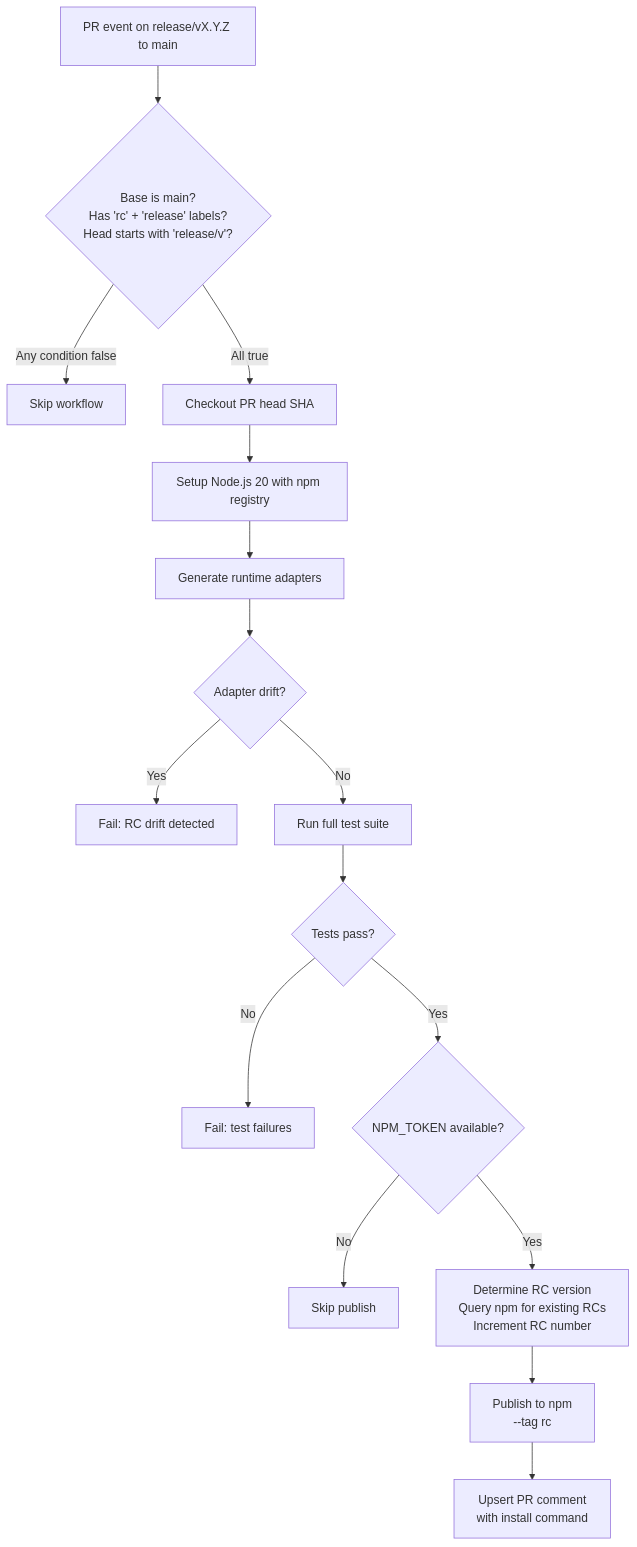
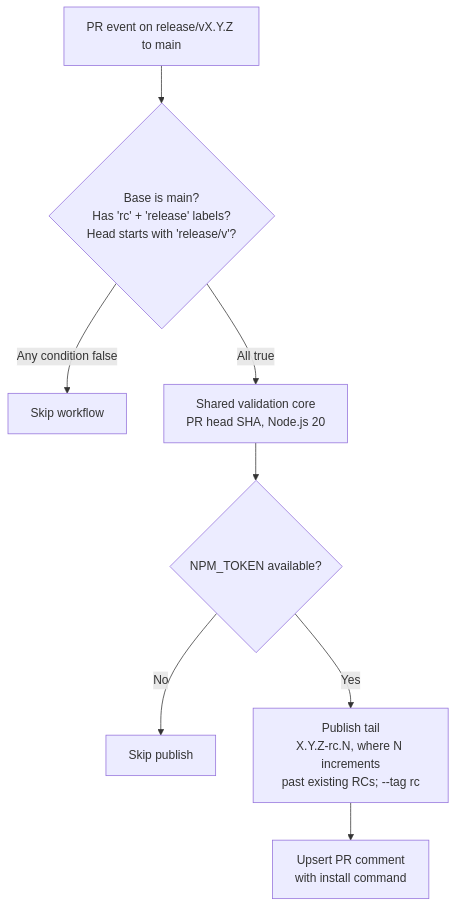
The seventh of 10 diagrams in docs/cicd.md (josstei/maestro-orchestrate), drawn with Mermaid before and after one commit. The commit also changed other lines of this file and 6 other files, not shown here.

````diff
--- a/docs/cicd.md
+++ b/docs/cicd.md
@@ -412,18 +381,10 @@
 ```mermaid
 graph TD
     A["PR event on release/vX.Y.Z to main"] --> B{"Base is main?<br/>Has 'rc' + 'release' labels?<br/>Head starts with 'release/v'?"}
     B -->|"Any condition false"| C["Skip workflow"]
-    B -->|"All true"| D["Checkout PR head SHA"]
-    D --> E["Setup Node.js 20 with npm registry"]
-    E --> F["Generate runtime adapters"]
-    F --> G{"Adapter drift?"}
-    G --> |"Yes"| H["Fail: RC drift detected"]
-    G --> |"No"| I["Run full test suite"]
-    I --> J{"Tests pass?"}
-    J --> |"No"| K["Fail: test failures"]
-    J --> |"Yes"| L{"NPM_TOKEN available?"}
+    B -->|"All true"| D["Shared validation core<br/>PR head SHA, Node.js 20"]
+    D --> L{"NPM_TOKEN available?"}
     L --> |"No"| M["Skip publish"]
-    L --> |"Yes"| N["Determine RC version<br/>Query npm for existing RCs<br/>Increment RC number"]
-    N --> O["Publish to npm<br/>--tag rc"]
-    O --> P["Upsert PR comment<br/>with install command"]
+    L --> |"Yes"| N["Publish tail<br/>X.Y.Z-rc.N, where N increments<br/>past existing RCs; --tag rc"]
+    N --> P["Upsert PR comment<br/>with install command"]
 ```
````
